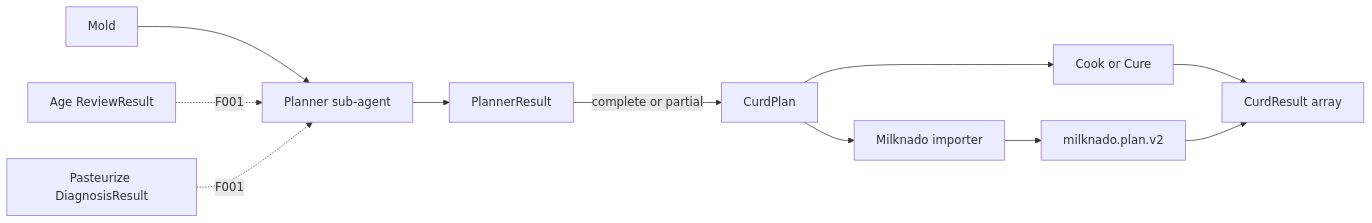
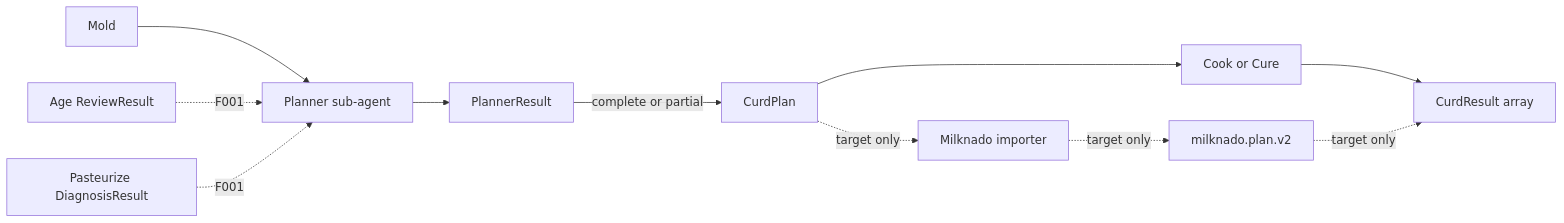
Before and after one commit to paulnsorensen/easy-cheese: the diagram in .hallouminate/wiki/architecture/workflow-contract-map.md, drawn with Mermaid. The commit also changed other lines of this file and 16 other files, not shown here.

First line of the commit message:
fix(schemas): validate curd result criterion identities (#666)

````diff
--- a/.hallouminate/wiki/architecture/workflow-contract-map.md
+++ b/.hallouminate/wiki/architecture/workflow-contract-map.md
@@ -13,13 +80,13 @@
 ```mermaid
 flowchart LR
   M[Mold] --> P[Planner sub-agent]
   A[Age ReviewResult] -. F001 .-> P
   D[Pasteurize DiagnosisResult] -. F001 .-> P
   P --> R[PlannerResult]
   R -->|complete or partial| C[CurdPlan]
   C --> K[Cook or Cure]
-  C --> I[Milknado importer]
+  C -. target only .-> I[Milknado importer]
   K --> O[CurdResult array]
-  I --> B[milknado.plan.v2]
-  B --> O
+  I -. target only .-> B[milknado.plan.v2]
+  B -. target only .-> O
 ```
````
